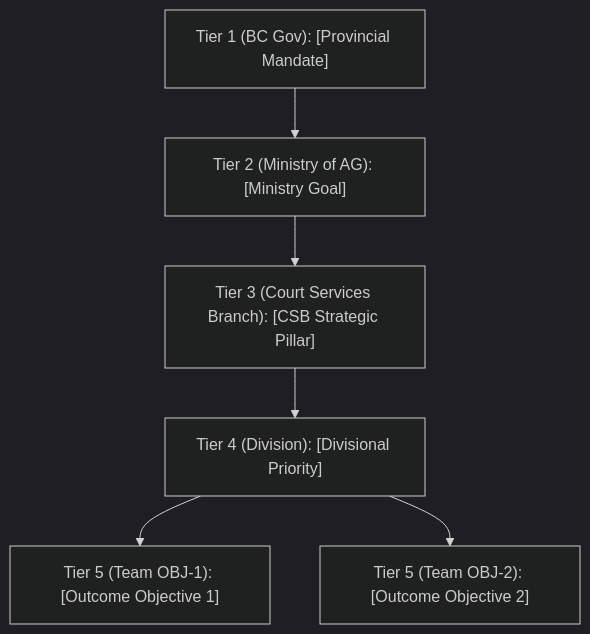
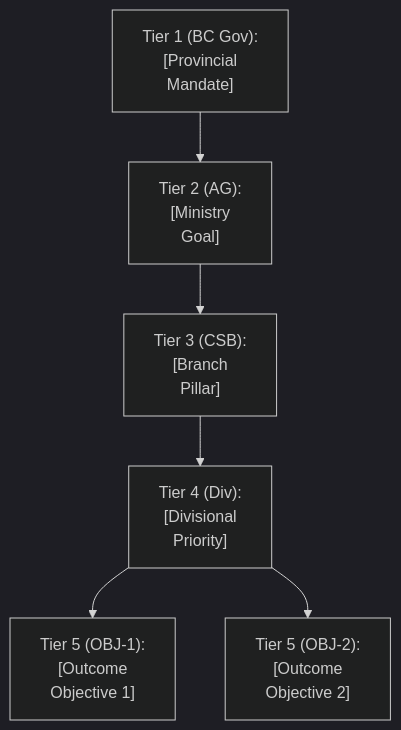
One commit to bcgov/strategic-planning-workbench changed the first of 4 diagrams in plugins/strategic-planning/.apm/skills/rendering-strategic-visuals-and-decks/assets/templates/mermaid-strategy-visuals.md. Above: the diagram before and after it, drawn with Mermaid (dark theme). The commit also changed other lines of this file and 5 other files, not shown here.

Commit message:
Wrap Mermaid box and edge labels with <br> tags to prevent GitHub clipping

````diff
--- a/plugins/strategic-planning/.apm/skills/rendering-strategic-visuals-and-decks/assets/templates/mermaid-strategy-visuals.md
+++ b/plugins/strategic-planning/.apm/skills/rendering-strategic-visuals-and-decks/assets/templates/mermaid-strategy-visuals.md
@@ -7,13 +7,13 @@
 ```mermaid
 flowchart TD
-    T1["Tier 1 (BC Gov): [Provincial Mandate]"]
-    T2["Tier 2 (Ministry of AG): [Ministry Goal]"]
-    T3["Tier 3 (Court Services Branch): [CSB Strategic Pillar]"]
-    T4["Tier 4 (Division): [Divisional Priority]"]
-    OBJ1["Tier 5 (Team OBJ-1): [Outcome Objective 1]"]
-    OBJ2["Tier 5 (Team OBJ-2): [Outcome Objective 2]"]
+    T1["Tier 1 (BC Gov):<br>[Provincial<br>Mandate]"]
+    T2["Tier 2 (AG):<br>[Ministry<br>Goal]"]
+    T3["Tier 3 (CSB):<br>[Branch<br>Pillar]"]
+    T4["Tier 4 (Div):<br>[Divisional<br>Priority]"]
+    OBJ1["Tier 5 (OBJ-1):<br>[Outcome<br>Objective 1]"]
+    OBJ2["Tier 5 (OBJ-2):<br>[Outcome<br>Objective 2]"]
 
     T1 --> T2 --> T3 --> T4
     T4 --> OBJ1
     T4 --> OBJ2
 ```
````
